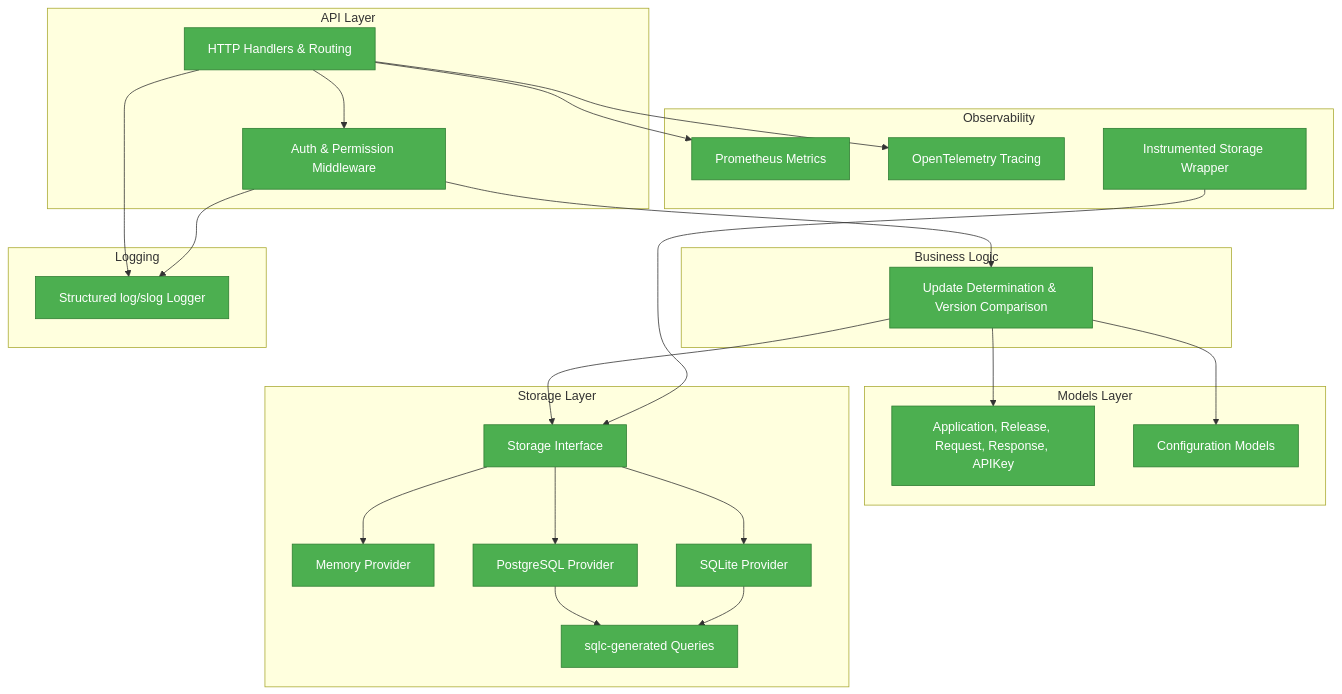
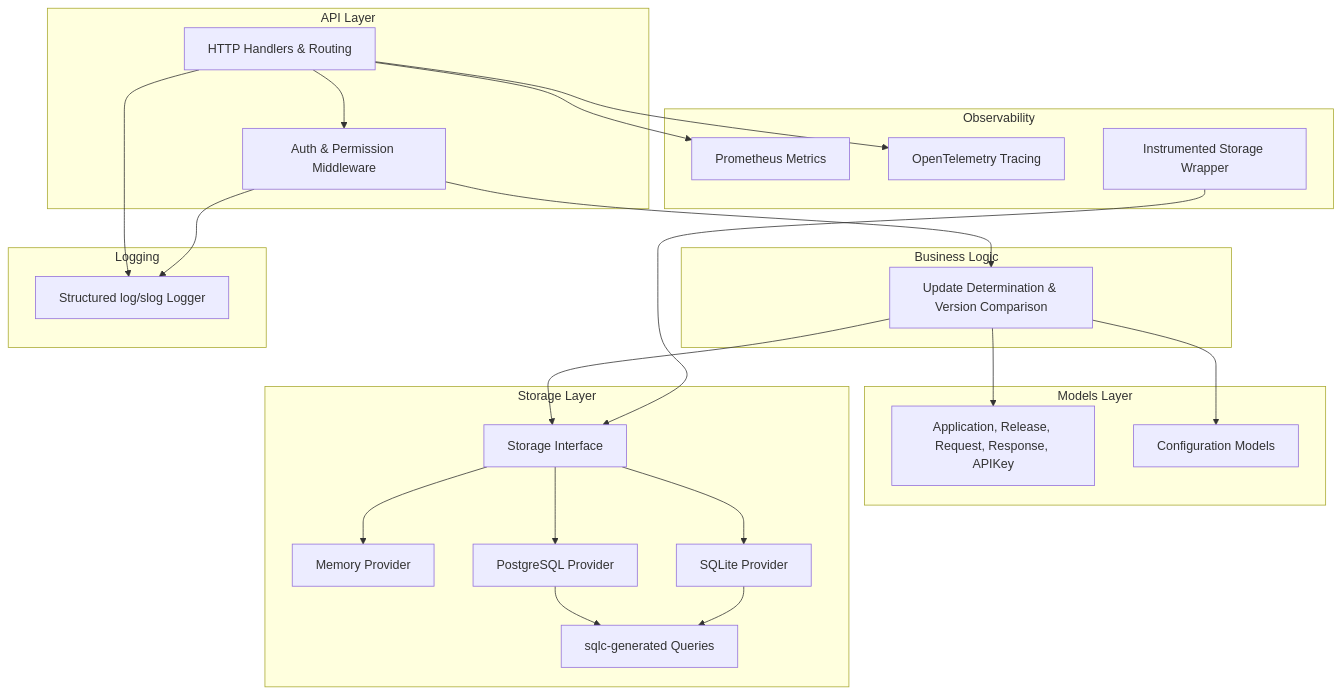
Before and after one commit to griffinskudder/updater: the diagram in docs/index.md, drawn with Mermaid.

Commit message:
docs: remove colour styling from architecture diagram
All components are complete; the status-tracking colours are no longer
needed and made the diagram harder to read.

````diff
--- a/docs/index.md
+++ b/docs/index.md
@@ -59,53 +59,51 @@
 ```mermaid
 graph TB
     subgraph "API Layer"
         api[HTTP Handlers & Routing]
         mw[Auth & Permission Middleware]
     end
 
     subgraph "Business Logic"
         logic[Update Determination & Version Comparison]
     end
 
     subgraph "Models Layer"
         models[Application, Release, Request, Response, APIKey]
         config[Configuration Models]
     end
 
     subgraph "Storage Layer"
         iface[Storage Interface]
         mem[Memory Provider]
         pg[PostgreSQL Provider]
         sqlite[SQLite Provider]
         sqlc[sqlc-generated Queries]
     end
 
     subgraph "Observability"
         metrics[Prometheus Metrics]
         tracing[OpenTelemetry Tracing]
         instStorage[Instrumented Storage Wrapper]
     end
 
     subgraph "Logging"
         logger[Structured log/slog Logger]
     end
 
     api --> mw
     mw --> logic
     logic --> models
     logic --> config
     logic --> iface
     iface --> mem
     iface --> pg
     iface --> sqlite
     pg --> sqlc
     sqlite --> sqlc
     api --> metrics
     api --> tracing
     api --> logger
     mw --> logger
     instStorage --> iface
 
-    classDef complete fill:#4caf50,stroke:#2e7d32,color:#fff
-    class api,mw,logic,models,config,iface,mem,pg,sqlite,sqlc,metrics,tracing,instStorage,logger complete
 ```
````
